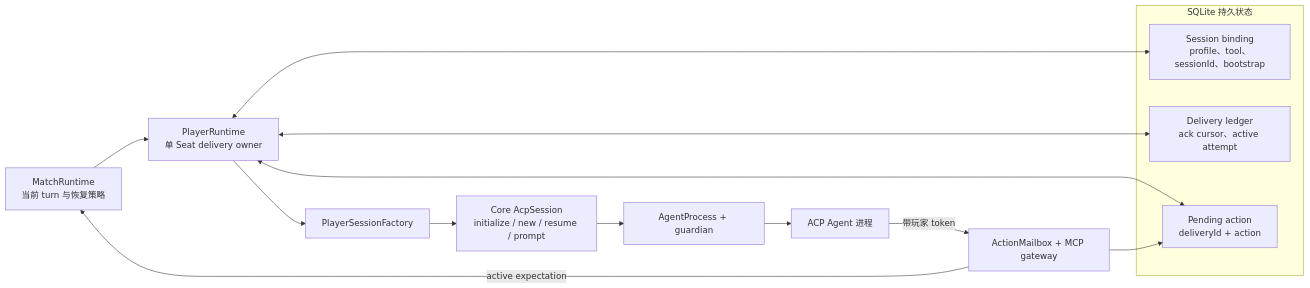
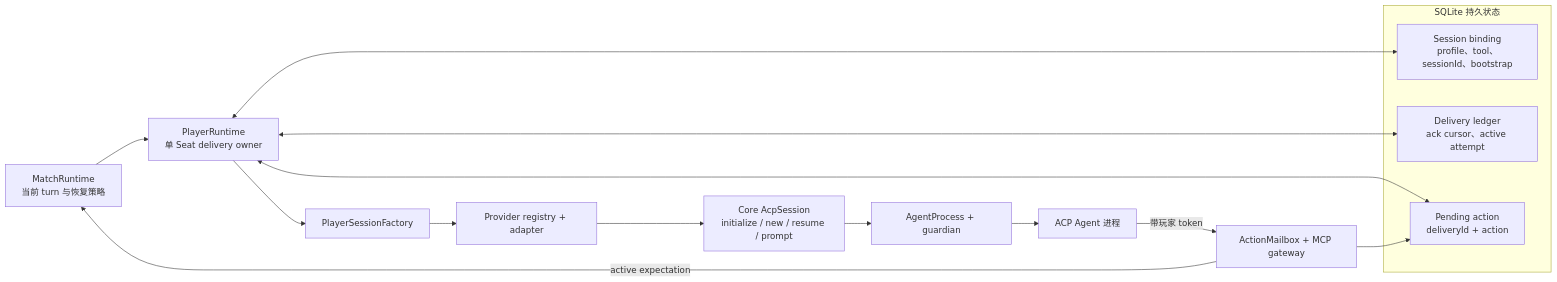
One commit to renewboy/agentwolf changed the first of 4 diagrams in docs/architecture/acp-session-runtime.md. Above: the diagram before and after it, drawn with Mermaid. The commit also changed other lines of this file and 21 other files, not shown here.

Commit message:
refactor: model player provider isolation adapters

````diff
--- a/docs/architecture/acp-session-runtime.md
+++ b/docs/architecture/acp-session-runtime.md
@@ -29,26 +29,27 @@
 ```mermaid
 flowchart LR
     Match["MatchRuntime<br/>当前 turn 与恢复策略"]
     Player["PlayerRuntime<br/>单 Seat delivery owner"]
 
     subgraph Persistent["SQLite 持久状态"]
         Binding["Session binding<br/>profile、tool、sessionId、bootstrap"]
         Ledger["Delivery ledger<br/>ack cursor、active attempt"]
         Pending["Pending action<br/>deliveryId + action"]
     end
 
     Factory["PlayerSessionFactory"]
+    Provider["Provider registry + adapter"]
     Session["Core AcpSession<br/>initialize / new / resume / prompt"]
     Process["AgentProcess + guardian"]
     Agent["ACP Agent 进程"]
     MCP["ActionMailbox + MCP gateway"]
 
     Match --> Player
     Player <--> Binding
     Player <--> Ledger
     Player <--> Pending
-    Player --> Factory --> Session --> Process --> Agent
+    Player --> Factory --> Provider --> Session --> Process --> Agent
     Agent -->|"带玩家 token"| MCP
     MCP -->|"active expectation"| Match
     MCP --> Pending
 ```
````
